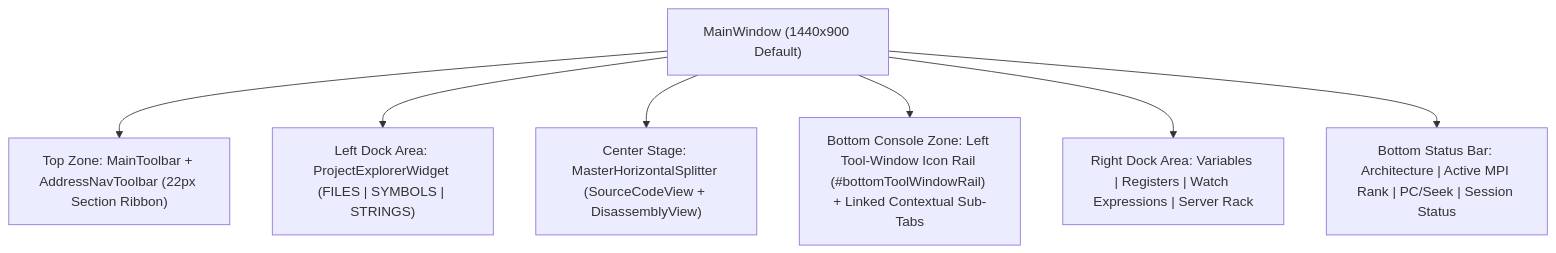
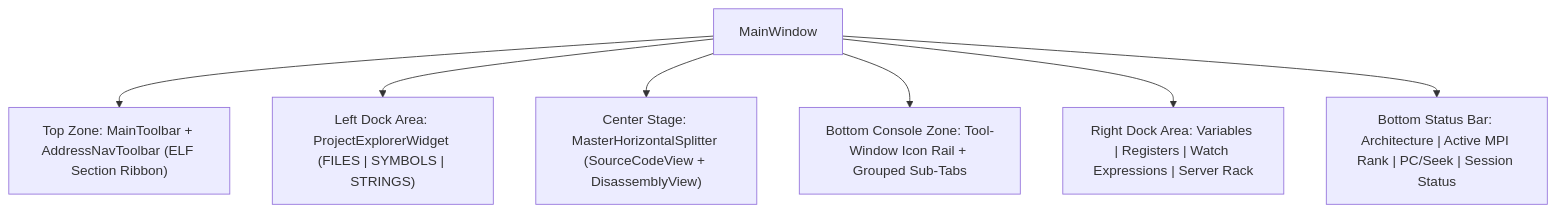
One commit to bnorthern42/GridLock changed the diagram in docs/ARCHITECTURE.md. Above: the diagram before and after it, drawn with Mermaid. The commit also changed other lines of this file and 3 other files, not shown here.

````diff
--- a/docs/ARCHITECTURE.md
+++ b/docs/ARCHITECTURE.md
@@ -7,17 +7,17 @@
 ```mermaid
 flowchart TD
-    MW["MainWindow (1440x900 Default)"]
-    TB["Top Zone: MainToolbar + AddressNavToolbar (22px Section Ribbon)"]
+    MW["MainWindow"]
+    TB["Top Zone: MainToolbar + AddressNavToolbar (ELF Section Ribbon)"]
     LEFT["Left Dock Area: ProjectExplorerWidget (FILES | SYMBOLS | STRINGS)"]
     CENTER["Center Stage: MasterHorizontalSplitter (SourceCodeView + DisassemblyView)"]
-    BOTTOM["Bottom Console Zone: Left Tool-Window Icon Rail (#bottomToolWindowRail) + Linked Contextual Sub-Tabs"]
+    BOTTOM["Bottom Console Zone: Tool-Window Icon Rail + Grouped Sub-Tabs"]
     RIGHT["Right Dock Area: Variables | Registers | Watch Expressions | Server Rack"]
     STATUS["Bottom Status Bar: Architecture | Active MPI Rank | PC/Seek | Session Status"]
 
     MW --> TB
     MW --> LEFT
     MW --> CENTER
     MW --> BOTTOM
     MW --> RIGHT
     MW --> STATUS
 ```
````
